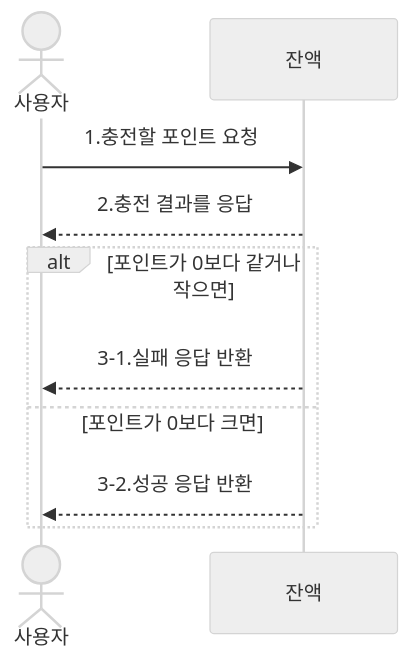
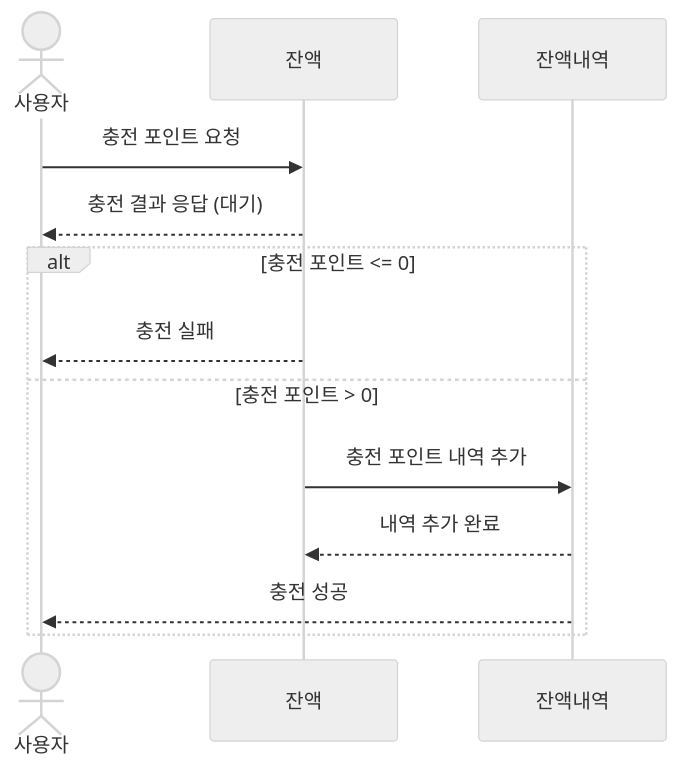
The first of 5 diagrams in README.md (yjchoigit/hhplus_week3_4_5), drawn with Mermaid (neutral theme) before and after one commit.

Commit message:
docs: Update README.md > 잔액 충전 시퀀스다이어그램 수정

````diff
--- a/README.md
+++ b/README.md
@@ -48,13 +48,17 @@
 ```mermaid
-  sequenceDiagram
-  ACTOR  사용자
+sequenceDiagram
+  actor 사용자
   participant 잔액
+  participant 잔액내역
 
-  사용자->>잔액: 1.충전할 포인트 요청
-  잔액-->>사용자: 2.충전 결과를 응답
-  alt 포인트가 0보다 같거나 작으면
-    잔액-->>사용자: 3-1.실패 응답 반환
-  else 포인트가 0보다 크면
-    잔액-->>사용자: 3-2.성공 응답 반환
+  사용자->>잔액: 충전 포인트 요청
+  잔액-->>사용자: 충전 결과 응답 (대기)
+
+  alt 충전 포인트 <= 0
+    잔액-->>사용자: 충전 실패
+  else 충전 포인트 > 0
+    잔액->>잔액내역: 충전 포인트 내역 추가
+    잔액내역-->>잔액: 내역 추가 완료
+    잔액내역-->>사용자: 충전 성공
   end
 ```
````
